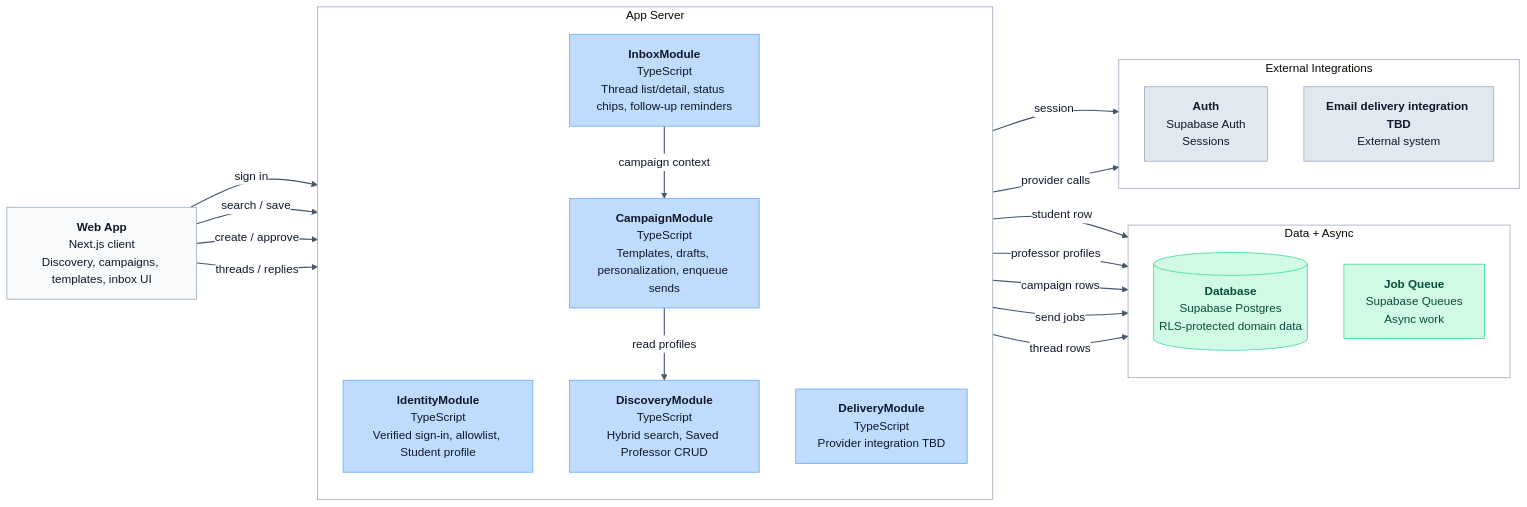
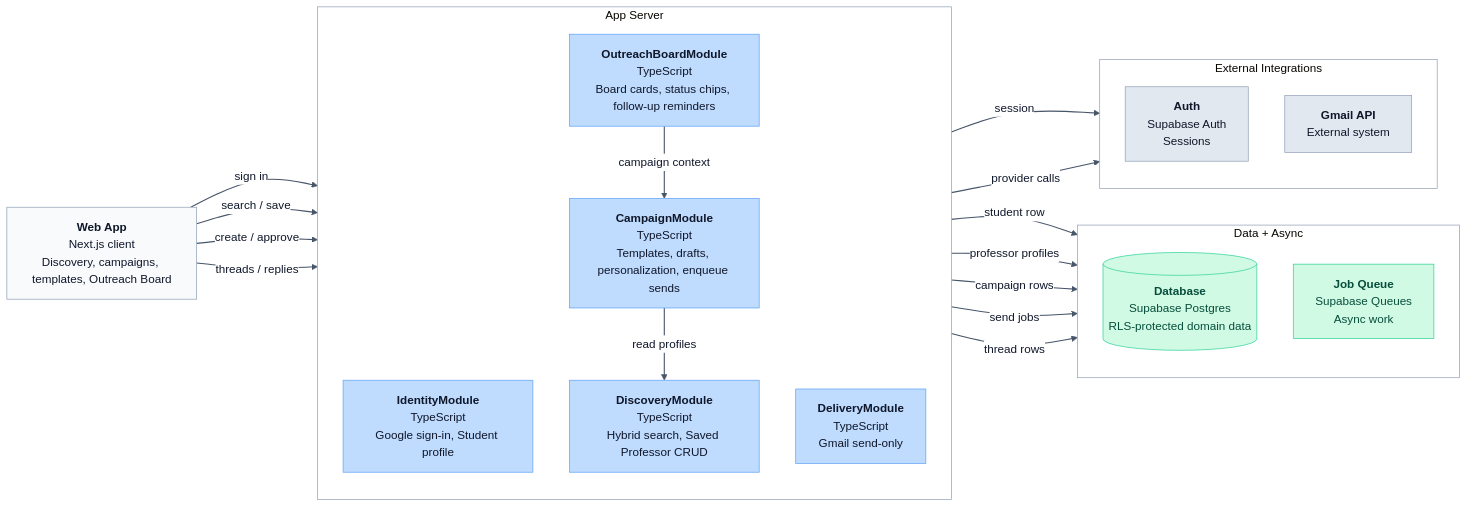
One commit to WanderingWalnut/UResearch changed the first of 2 diagrams in docs/architecture/diagrams/c4-component.md. Above: the diagram before and after it, drawn with Mermaid. The commit also changed other lines of this file and 20 other files, not shown here.

````diff
--- a/docs/architecture/diagrams/c4-component.md
+++ b/docs/architecture/diagrams/c4-component.md
@@ -9,51 +9,51 @@
 ```mermaid
 %%{init: {"theme": "base", "themeVariables": {"background": "#f8fafc", "mainBkg": "#dbeafe", "primaryTextColor": "#0f172a", "lineColor": "#475569", "textColor": "#0f172a", "edgeLabelBackground": "#ffffff", "clusterBkg": "#ffffff", "clusterBorder": "#94a3b8", "fontFamily": "Inter, ui-sans-serif, system-ui, sans-serif"}} }%%
 flowchart LR
-  web["<b>Web App</b><br/>Next.js client<br/>Discovery, campaigns, templates, inbox UI"]
+  web["<b>Web App</b><br/>Next.js client<br/>Discovery, campaigns, templates, Outreach Board"]
 
   subgraph app["App Server"]
     direction TB
-    identity["<b>IdentityModule</b><br/>TypeScript<br/>Verified sign-in, allowlist, Student profile"]
+    identity["<b>IdentityModule</b><br/>TypeScript<br/>Google sign-in, Student profile"]
     discovery["<b>DiscoveryModule</b><br/>TypeScript<br/>Hybrid search, Saved Professor CRUD"]
     campaigns["<b>CampaignModule</b><br/>TypeScript<br/>Templates, drafts, personalization, enqueue sends"]
-    inbox["<b>InboxModule</b><br/>TypeScript<br/>Thread list/detail, status chips, follow-up reminders"]
-    delivery["<b>DeliveryModule</b><br/>TypeScript<br/>Provider integration TBD"]
+    board["<b>OutreachBoardModule</b><br/>TypeScript<br/>Board cards, status chips, follow-up reminders"]
+    delivery["<b>DeliveryModule</b><br/>TypeScript<br/>Gmail send-only"]
   end
 
   subgraph data["Data + Async"]
     direction TB
     db[("<b>Database</b><br/>Supabase Postgres<br/>RLS-protected domain data")]
     queue["<b>Job Queue</b><br/>Supabase Queues<br/>Async work"]
   end
 
   subgraph integrations["External Integrations"]
     direction TB
     auth["<b>Auth</b><br/>Supabase Auth<br/>Sessions"]
-    mail_provider["<b>Email delivery integration TBD</b><br/>External system"]
+    mail_provider["<b>Gmail API</b><br/>External system"]
   end
 
   web -->|"sign in"| identity
   web -->|"search / save"| discovery
   web -->|"create / approve"| campaigns
-  web -->|"threads / replies"| inbox
+  web -->|"threads / replies"| board
 
   identity -->|"session"| auth
   identity -->|"student row"| db
   discovery -->|"professor profiles"| db
   campaigns -->|"campaign rows"| db
   campaigns -->|"read profiles"| discovery
   campaigns -->|"send jobs"| queue
-  inbox -->|"thread rows"| db
-  inbox -->|"campaign context"| campaigns
+  board -->|"thread rows"| db
+  board -->|"campaign context"| campaigns
   delivery -->|"provider calls"| mail_provider
 
   classDef clientNode fill:#f8fafc,stroke:#94a3b8,color:#0f172a,stroke-width:1px
   classDef appNode fill:#bfdbfe,stroke:#60a5fa,color:#0f172a,stroke-width:1px
   classDef external fill:#e2e8f0,stroke:#94a3b8,color:#0f172a,stroke-width:1px
   classDef dataNode fill:#d1fae5,stroke:#34d399,color:#064e3b,stroke-width:1px
   class web clientNode
-  class identity,discovery,campaigns,inbox,delivery appNode
+  class identity,discovery,campaigns,board,delivery appNode
   class auth,mail_provider external
   class db,queue dataNode
   linkStyle default stroke:#475569,stroke-width:1.5px
 ```
````
